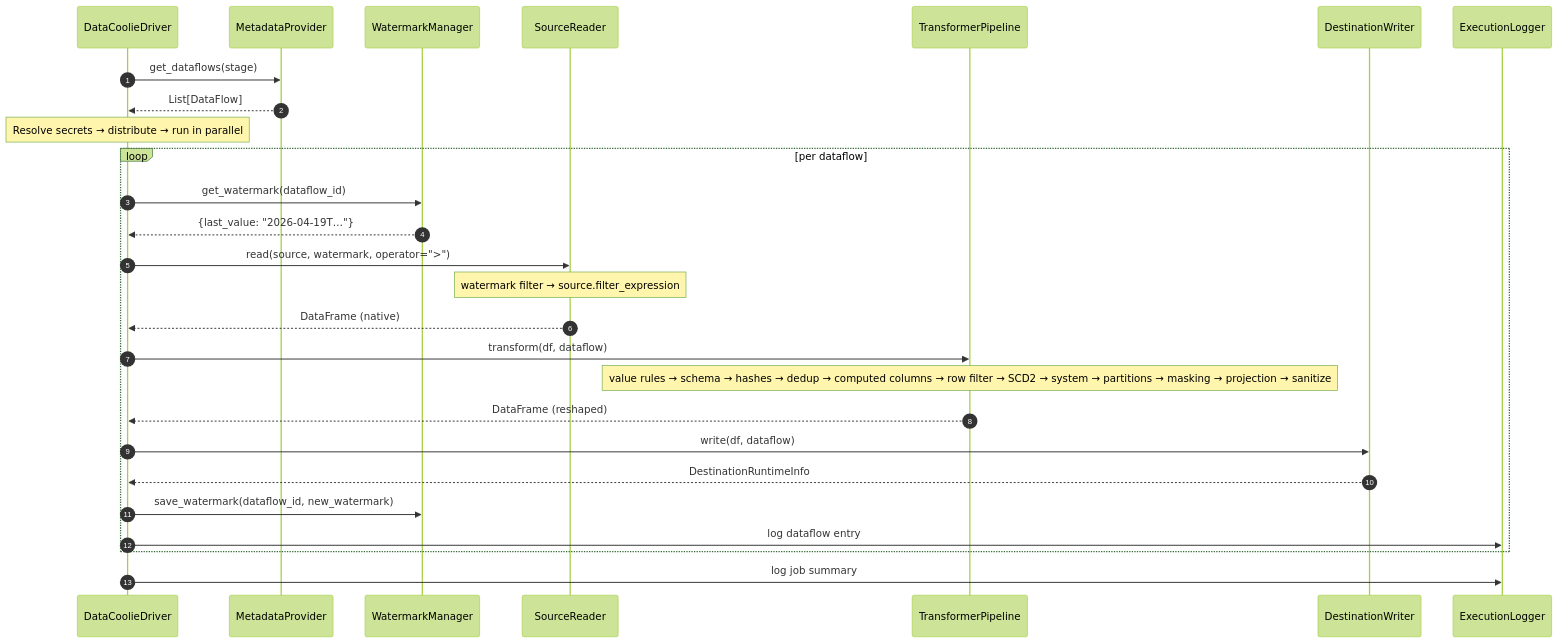
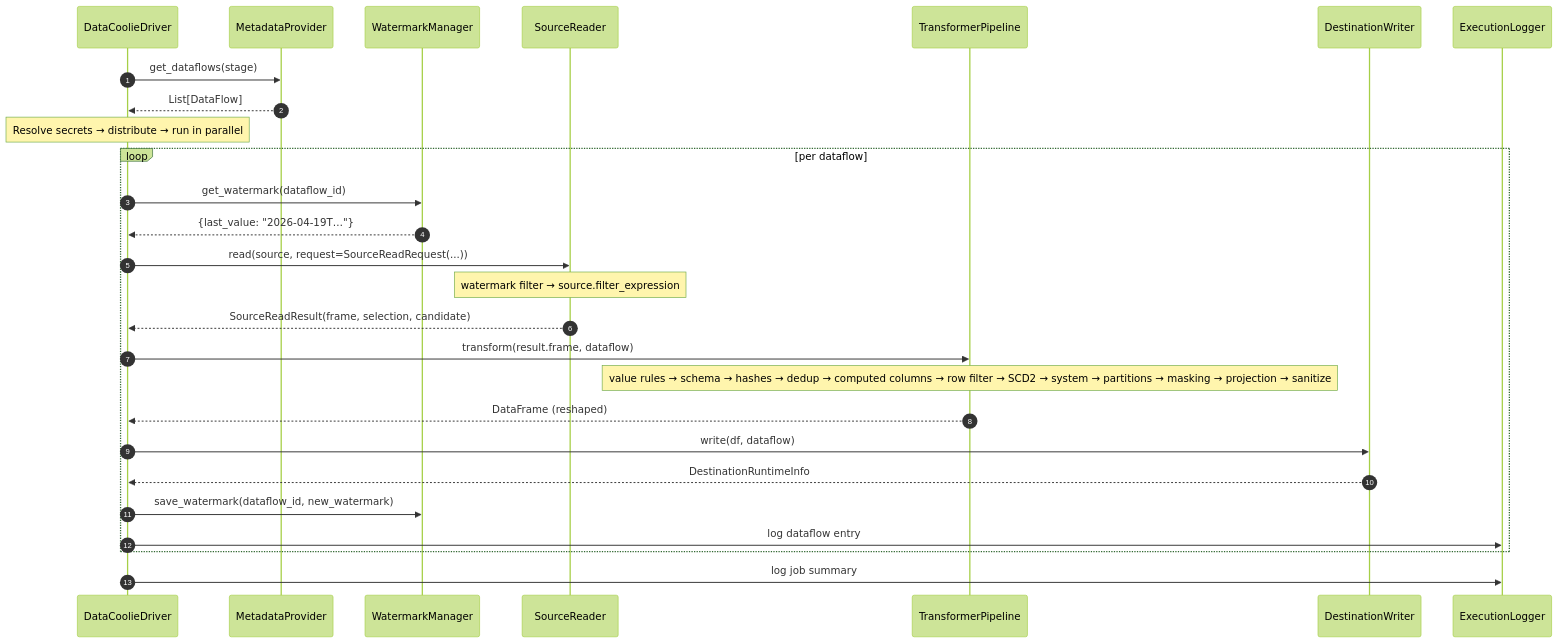
One commit to datacoolie/datacoolie changed the third of 3 diagrams in docs/reference/concepts/architecture.md. Above: the diagram before and after it, drawn with Mermaid (forest theme). The commit also changed 166 other files, not shown here.

````diff
--- a/docs/reference/concepts/architecture.md
+++ b/docs/reference/concepts/architecture.md
@@ -134,31 +134,31 @@
 ```mermaid
 sequenceDiagram
     autonumber
     participant Drv as DataCoolieDriver
     participant MP as MetadataProvider
     participant WM as WatermarkManager
     participant SR as SourceReader
     participant TP as TransformerPipeline
     participant DW as DestinationWriter
     participant EL as ExecutionLogger
 
     Drv->>MP: get_dataflows(stage)
     MP-->>Drv: List[DataFlow]
     Note over Drv: Resolve secrets → distribute → run in parallel
 
     loop per dataflow
       Drv->>WM: get_watermark(dataflow_id)
       WM-->>Drv: {last_value: "2026-04-19T…"}
-      Drv->>SR: read(source, watermark, operator=">")
+      Drv->>SR: read(source, request=SourceReadRequest(...))
       Note over SR: watermark filter → source.filter_expression
-      SR-->>Drv: DataFrame (native)
-      Drv->>TP: transform(df, dataflow)
+      SR-->>Drv: SourceReadResult(frame, selection, candidate)
+      Drv->>TP: transform(result.frame, dataflow)
       Note over TP: value rules → schema → hashes → dedup → computed columns → row filter → SCD2 → system → partitions → masking → projection → sanitize
       TP-->>Drv: DataFrame (reshaped)
       Drv->>DW: write(df, dataflow)
       DW-->>Drv: DestinationRuntimeInfo
       Drv->>WM: save_watermark(dataflow_id, new_watermark)
       Drv->>EL: log dataflow entry
     end
     Drv->>EL: log job summary
 ```
````
